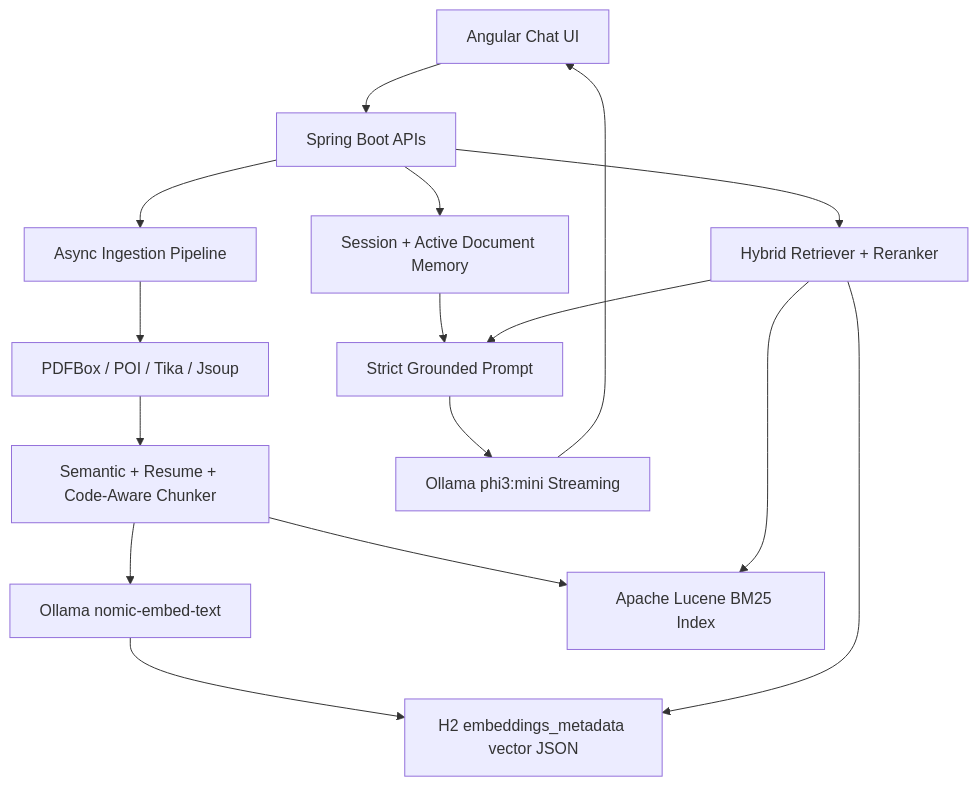
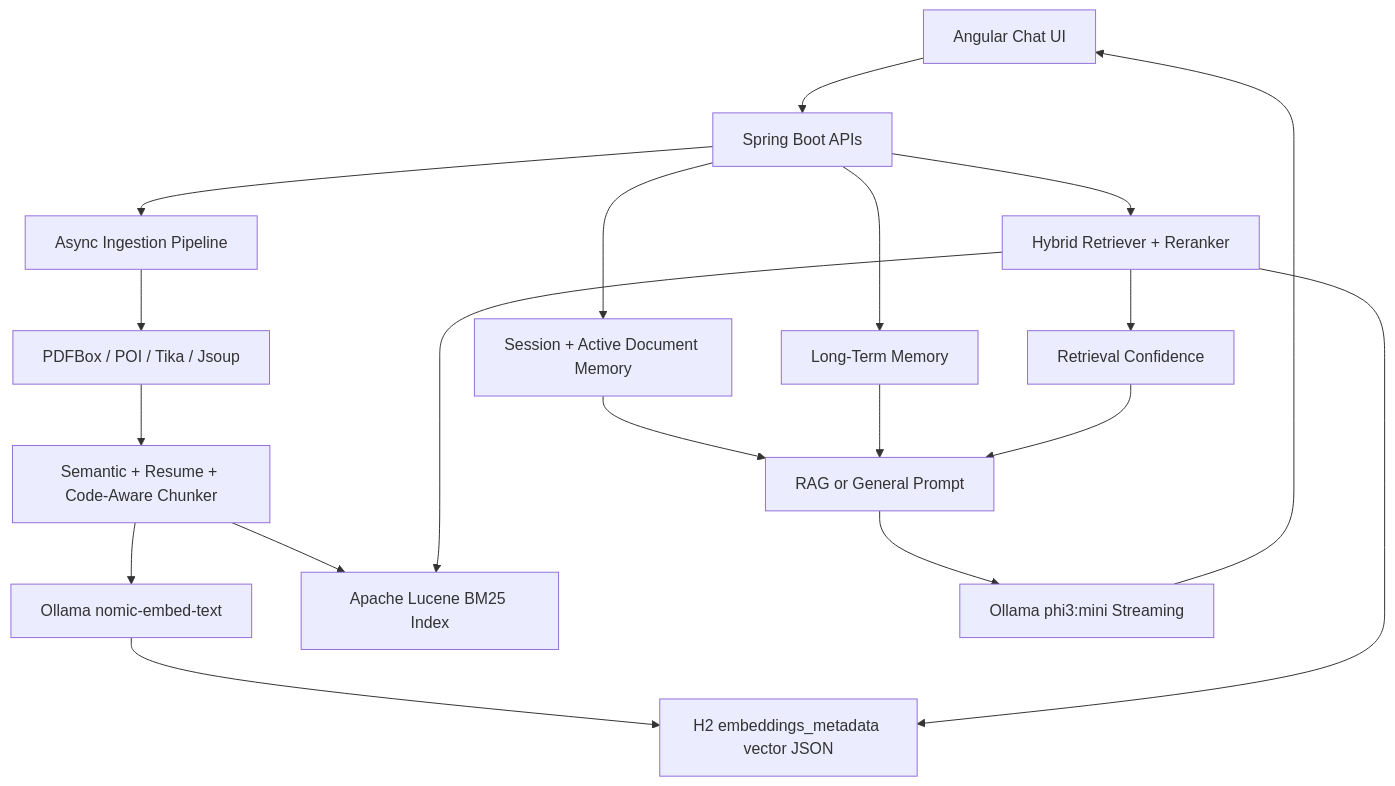
The diagram in docs/mature-rag-architecture.md (sunilthitme/Chat-Bot), drawn with Mermaid before and after one commit. The commit also changed other lines of this file and 18 other files, not shown here.

Commit message:
Implement memory-aware RAG fallback

````diff
--- a/docs/mature-rag-architecture.md
+++ b/docs/mature-rag-architecture.md
@@ -7,28 +7,33 @@
 ```mermaid
 flowchart TD
     UI["Angular Chat UI"]
     API["Spring Boot APIs"]
     INGEST["Async Ingestion Pipeline"]
     EXTRACT["PDFBox / POI / Tika / Jsoup"]
     CHUNK["Semantic + Resume + Code-Aware Chunker"]
     EMBED["Ollama nomic-embed-text"]
     H2["H2 embeddings_metadata vector JSON"]
     LUCENE["Apache Lucene BM25 Index"]
     MEMORY["Session + Active Document Memory"]
     RETRIEVE["Hybrid Retriever + Reranker"]
-    PROMPT["Strict Grounded Prompt"]
+    CONFIDENCE["Retrieval Confidence"]
+    LTM["Long-Term Memory"]
+    PROMPT["RAG or General Prompt"]
     LLM["Ollama phi3:mini Streaming"]
 
     UI --> API
     API --> INGEST
     INGEST --> EXTRACT --> CHUNK --> EMBED
     EMBED --> H2
     CHUNK --> LUCENE
     API --> MEMORY
+    API --> LTM
     API --> RETRIEVE
     RETRIEVE --> H2
     RETRIEVE --> LUCENE
+    RETRIEVE --> CONFIDENCE
     MEMORY --> PROMPT
-    RETRIEVE --> PROMPT
+    LTM --> PROMPT
+    CONFIDENCE --> PROMPT
     PROMPT --> LLM --> UI
 ```
````
